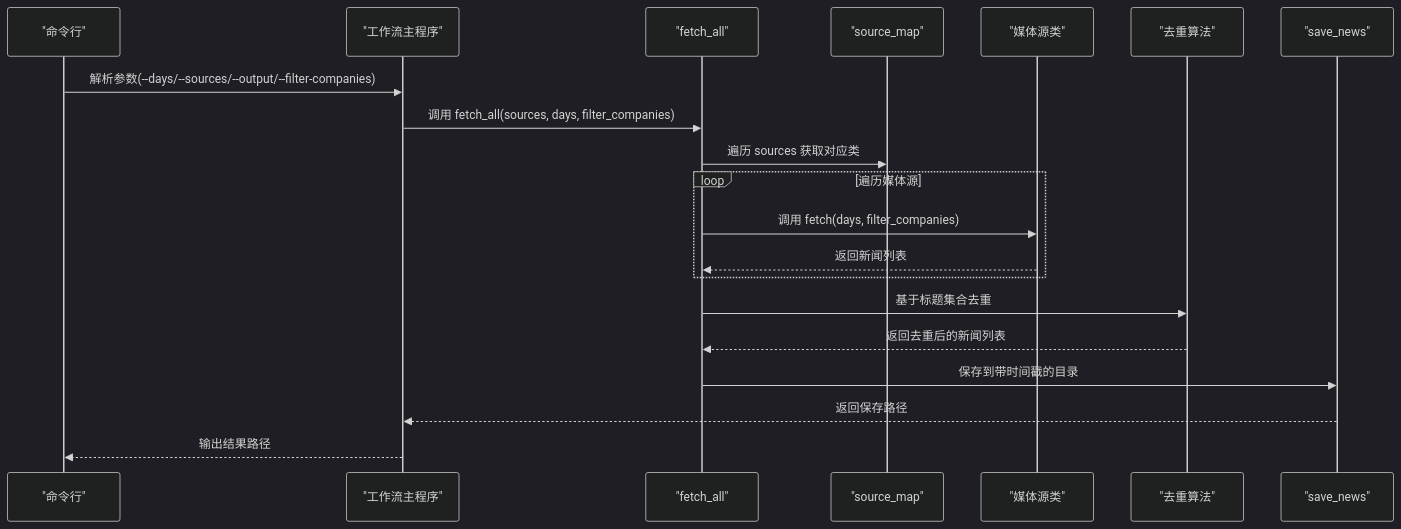
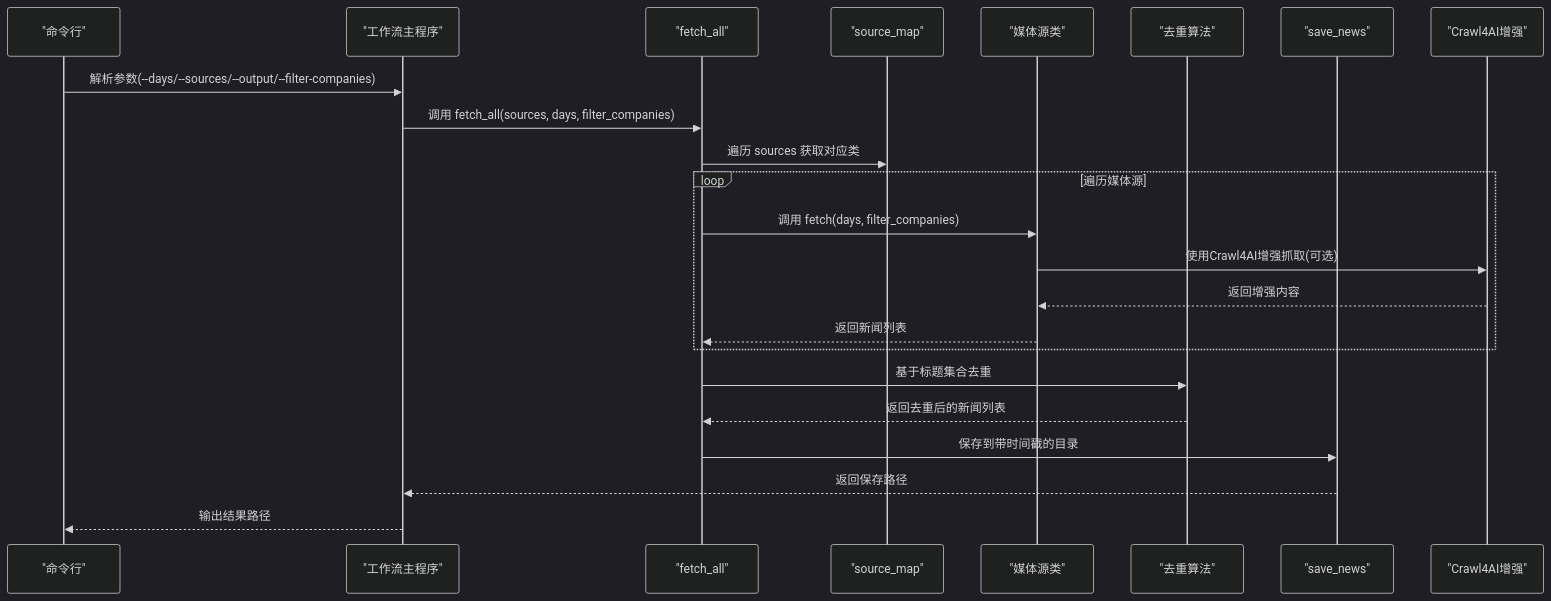
Before and after one commit to jy2360136/redbook: the second of 7 diagrams in .qoder/repowiki/zh/content/核心模块/金融新闻自动化工作流/工作流核心功能.md, drawn with Mermaid (dark theme). The commit also changed other lines of this file and 33 other files, not shown here.

````diff
--- a/.qoder/repowiki/zh/content/核心模块/金融新闻自动化工作流/工作流核心功能.md
+++ b/.qoder/repowiki/zh/content/核心模块/金融新闻自动化工作流/工作流核心功能.md
@@ -87,22 +105,25 @@
 ```mermaid
 sequenceDiagram
 participant CLI as "命令行"
 participant WF as "工作流主程序"
 participant FA as "fetch_all"
 participant SM as "source_map"
 participant SRC as "媒体源类"
 participant DU as "去重算法"
 participant SV as "save_news"
+participant C4AI as "Crawl4AI增强"
 CLI->>WF : 解析参数(--days/--sources/--output/--filter-companies)
 WF->>FA : 调用 fetch_all(sources, days, filter_companies)
 FA->>SM : 遍历 sources 获取对应类
 loop 遍历媒体源
 FA->>SRC : 调用 fetch(days, filter_companies)
+SRC->>C4AI : 使用Crawl4AI增强抓取(可选)
+C4AI-->>SRC : 返回增强内容
 SRC-->>FA : 返回新闻列表
 end
 FA->>DU : 基于标题集合去重
 DU-->>FA : 返回去重后的新闻列表
 FA->>SV : 保存到带时间戳的目录
 SV-->>WF : 返回保存路径
 WF-->>CLI : 输出结果路径
 ```
````
